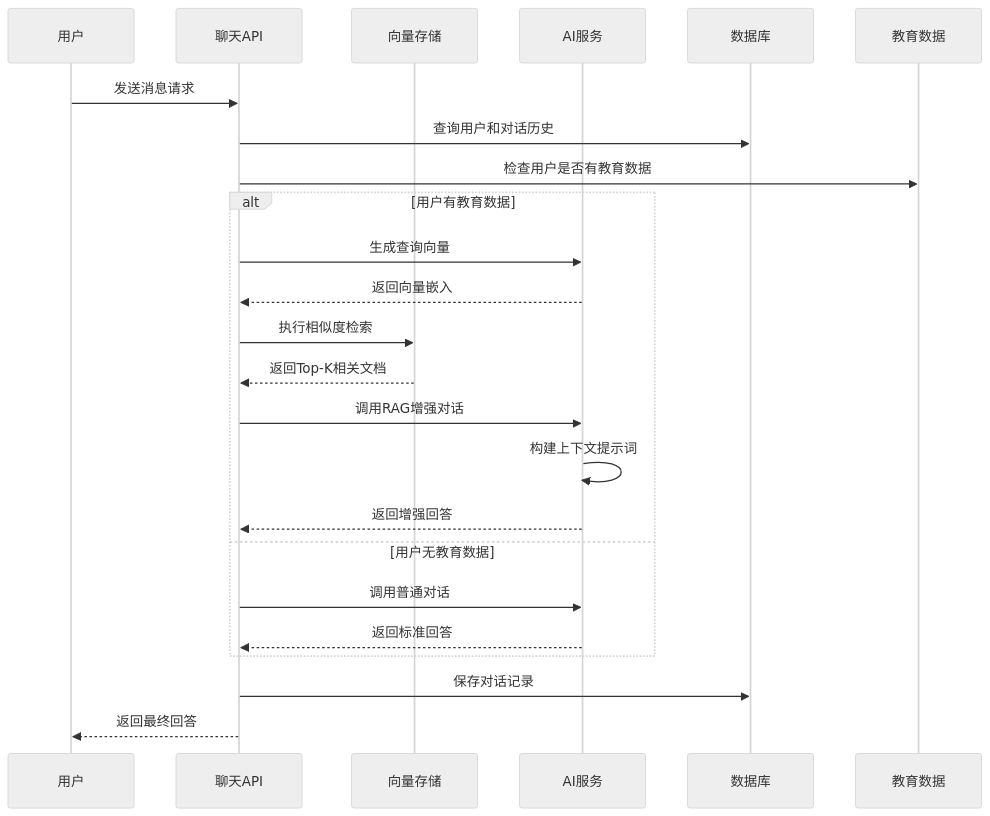
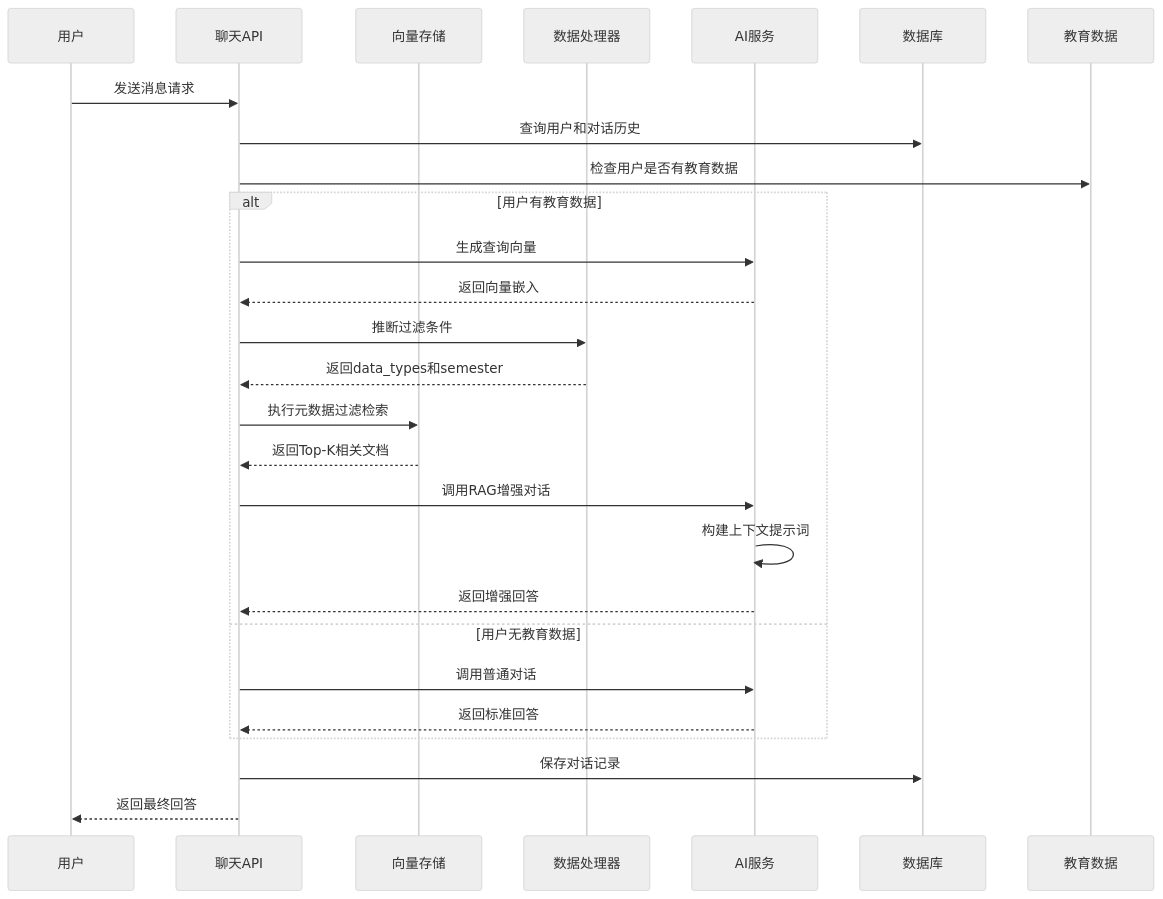
Before and after one commit to ghbbn053-ship-itsoulddog/soulddog: the fifth of 22 diagrams in .qoder/repowiki/zh/content/AI智能问答系统/RAG架构设计.md, drawn with Mermaid (neutral theme). The commit also changed other lines of this file and 119 other files, not shown here.

````diff
--- a/.qoder/repowiki/zh/content/AI智能问答系统/RAG架构设计.md
+++ b/.qoder/repowiki/zh/content/AI智能问答系统/RAG架构设计.md
@@ -221,26 +226,29 @@
 ```mermaid
 sequenceDiagram
 participant U as 用户
 participant API as 聊天API
 participant VS as 向量存储
+participant DP as 数据处理器
 participant QWEN as AI服务
 participant DB as 数据库
 participant ED as 教育数据
 U->>API : 发送消息请求
 API->>DB : 查询用户和对话历史
 API->>ED : 检查用户是否有教育数据
 alt 用户有教育数据
 API->>QWEN : 生成查询向量
 QWEN-->>API : 返回向量嵌入
-API->>VS : 执行相似度检索
+API->>DP : 推断过滤条件
+DP-->>API : 返回data_types和semester
+API->>VS : 执行元数据过滤检索
 VS-->>API : 返回Top-K相关文档
 API->>QWEN : 调用RAG增强对话
 QWEN->>QWEN : 构建上下文提示词
 QWEN-->>API : 返回增强回答
 else 用户无教育数据
 API->>QWEN : 调用普通对话
 QWEN-->>API : 返回标准回答
 end
 API->>DB : 保存对话记录
 API-->>U : 返回最终回答
 ```
````
